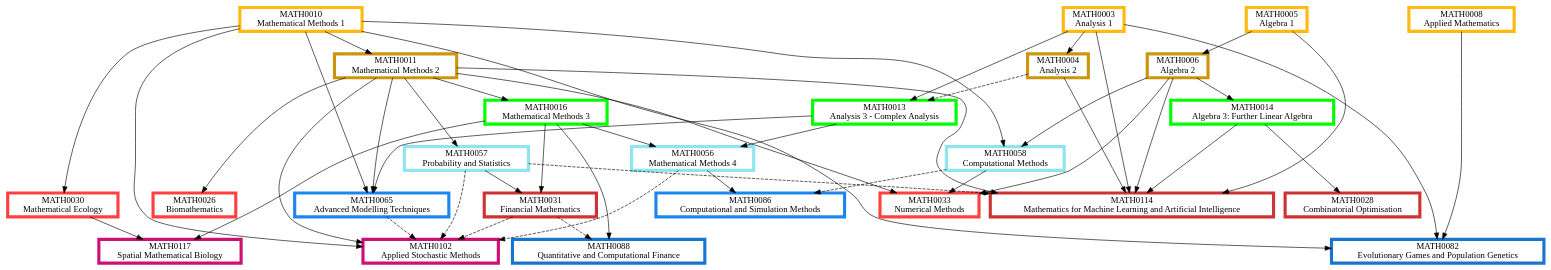
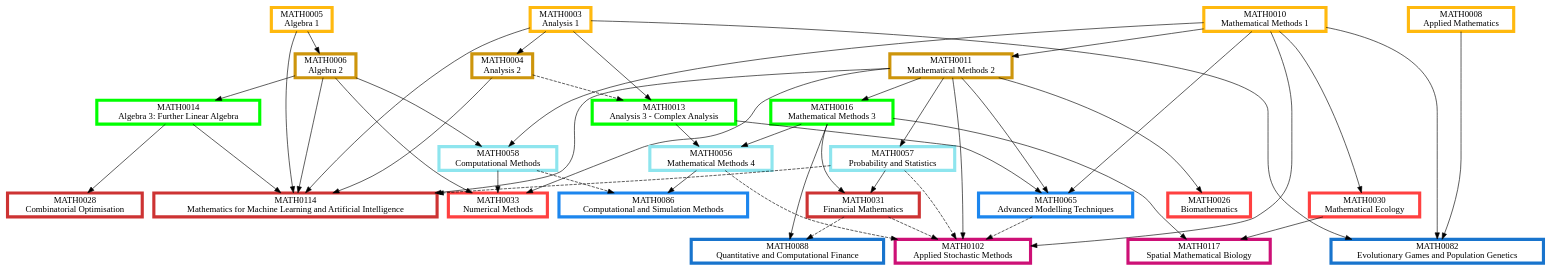
One commit to matthew-towers/pathways changed the diagram in Modelling, Computation and Finance.dot. Above: the diagram before and after it, drawn with Graphviz. The commit also changed 12 other files, not shown here.

```diff
--- a/Modelling, Computation and Finance.dot
+++ b/Modelling, Computation and Finance.dot
@@ -1,125 +1,125 @@
 digraph {
 	node [fillcolor=white penwidth=5 shape=box style="filled,bold"]
 	subgraph "1.0 1" {
 		rank=same
+		MATH0005 [label="MATH0005
+Algebra 1" color=darkgoldenrod1 href="https://www.ucl.ac.uk/mathematical-physical-sciences/sites/mathematical_physical_sciences/files/2025-09/math0005 syllabus.pdf" tooltip="Year 1, term 1"]
 		MATH0010 [label="MATH0010
 Mathematical Methods 1" color=darkgoldenrod1 href="https://www.ucl.ac.uk/mathematical-physical-sciences/sites/mathematical_physical_sciences/files/math0010.pdf" tooltip="Year 1, term 1"]
 		MATH0003 [label="MATH0003
 Analysis 1" color=darkgoldenrod1 href="https://www.ucl.ac.uk/mathematical-physical-sciences/sites/mathematical_physical_sciences/files/2025-09/math0003.pdf" tooltip="Year 1, term 1"]
-		MATH0005 [label="MATH0005
-Algebra 1" color=darkgoldenrod1 href="https://www.ucl.ac.uk/mathematical-physical-sciences/sites/mathematical_physical_sciences/files/2025-09/math0005 syllabus.pdf" tooltip="Year 1, term 1"]
 		MATH0008 [label="MATH0008
 Applied Mathematics" color=darkgoldenrod1 href="https://www.ucl.ac.uk/mathematical-physical-sciences/sites/mathematical_physical_sciences/files/math0008.pdf" tooltip="Year 1, term 1"]
 	}
 	MATH0005 -> MATH0006 [tooltip="required prerequisite"]
 	MATH0010 -> MATH0011 [tooltip="required prerequisite"]
 	MATH0003 -> MATH0004 [tooltip="required prerequisite"]
 	subgraph "1.0 2" {
 		rank=same
 		MATH0006 [label="MATH0006
 Algebra 2" color=darkgoldenrod3 href="https://www.ucl.ac.uk/mathematical-physical-sciences/sites/mathematical_physical_sciences/files/math0006.pdf" tooltip="Year 1, term 2"]
 		MATH0011 [label="MATH0011
-Mathematical Methods 2" color=darkgoldenrod3 href="https://www.ucl.ac.uk/mathematical-physical-sciences/sites/mathematical_physical_sciences/files/math0011_3.pdf" tooltip="Year 1, term 2"]
+Mathematical Methods 2" color=darkgoldenrod3 href="https://www.ucl.ac.uk/mathematical-physical-sciences/sites/mathematical_physical_sciences/files/math0011.pdf" tooltip="Year 1, term 2"]
 		MATH0004 [label="MATH0004
 Analysis 2" color=darkgoldenrod3 href="https://www.ucl.ac.uk/mathematical-physical-sciences/sites/mathematical_physical_sciences/files/math0004.pdf" tooltip="Year 1, term 2"]
 	}
 	MATH0006 -> MATH0014 [tooltip="required prerequisite"]
 	MATH0011 -> MATH0016 [tooltip="required prerequisite"]
 	MATH0003 -> MATH0013 [tooltip="required prerequisite"]
 	MATH0004 -> MATH0013 [style=dashed tooltip="recommended prerequisite"]
 	subgraph "2.0 1" {
 		rank=same
 		MATH0014 [label="MATH0014
 Algebra 3: Further Linear Algebra" color=green1 href="https://www.ucl.ac.uk/mathematical-physical-sciences/sites/mathematical_physical_sciences/files/2025-09/math0014_0.pdf" tooltip="Year 2, term 1"]
 		MATH0016 [label="MATH0016
 Mathematical Methods 3" color=green1 href="https://www.ucl.ac.uk/mathematical-physical-sciences/sites/mathematical_physical_sciences/files/2025-09/math0016_0.pdf" tooltip="Year 2, term 1"]
 		MATH0013 [label="MATH0013
 Analysis 3 - Complex Analysis" color=green1 href="https://www.ucl.ac.uk/mathematical-physical-sciences/sites/mathematical_physical_sciences/files/2025-09/math0013_0.pdf" tooltip="Year 2, term 1"]
 	}
 	MATH0010 -> MATH0058 [tooltip="required prerequisite"]
 	MATH0006 -> MATH0058 [tooltip="required prerequisite"]
+	MATH0011 -> MATH0057 [tooltip="required prerequisite"]
 	MATH0013 -> MATH0056 [tooltip="required prerequisite"]
 	MATH0016 -> MATH0056 [tooltip="required prerequisite"]
-	MATH0011 -> MATH0057 [tooltip="required prerequisite"]
 	subgraph "2.5 2" {
 		rank=same
 		MATH0058 [label="MATH0058
 Computational Methods" color=cadetblue2 href="https://www.ucl.ac.uk/mathematical-physical-sciences/sites/mathematical_physical_sciences/files/math0058.pdf" tooltip="Year 2 or 3, term 2"]
+		MATH0057 [label="MATH0057
+Probability and Statistics" color=cadetblue2 href="https://www.ucl.ac.uk/mathematical-physical-sciences/sites/mathematical_physical_sciences/files/math0057.pdf" tooltip="Year 2 or 3, term 2"]
 		MATH0056 [label="MATH0056
 Mathematical Methods 4" color=cadetblue2 href="https://www.ucl.ac.uk/mathematical-physical-sciences/sites/mathematical_physical_sciences/files/math0056.pdf" tooltip="Year 2 or 3, term 2"]
-		MATH0057 [label="MATH0057
-Probability and Statistics" color=cadetblue2 href="https://www.ucl.ac.uk/mathematical-physical-sciences/sites/mathematical_physical_sciences/files/math0057.pdf" tooltip="Year 2 or 3, term 2"]
 	}
+	MATH0011 -> MATH0026 [tooltip="required prerequisite"]
 	MATH0010 -> MATH0030 [tooltip="required prerequisite"]
 	MATH0006 -> MATH0033 [tooltip="required prerequisite"]
 	MATH0011 -> MATH0033 [tooltip="required prerequisite"]
 	MATH0058 -> MATH0033 [tooltip="required prerequisite"]
-	MATH0011 -> MATH0026 [tooltip="required prerequisite"]
 	subgraph "3.0 1" {
 		rank=same
+		MATH0026 [label="MATH0026
+Biomathematics" color=brown1 href="https://www.ucl.ac.uk/mathematical-physical-sciences/sites/mathematical_physical_sciences/files/math0026.pdf" tooltip="Year 3, term 1"]
 		MATH0030 [label="MATH0030
 Mathematical Ecology" color=brown1 href="https://www.ucl.ac.uk/mathematical-physical-sciences/sites/mathematical_physical_sciences/files/math0030.pdf" tooltip="Year 3, term 1"]
 		MATH0033 [label="MATH0033
 Numerical Methods" color=brown1 href="https://www.ucl.ac.uk/mathematical-physical-sciences/sites/mathematical_physical_sciences/files/math0033.pdf" tooltip="Year 3, term 1"]
-		MATH0026 [label="MATH0026
-Biomathematics" color=brown1 href="https://www.ucl.ac.uk/mathematical-physical-sciences/sites/mathematical_physical_sciences/files/math0026.pdf" tooltip="Year 3, term 1"]
 	}
-	MATH0014 -> MATH0028 [tooltip="required prerequisite"]
 	MATH0003 -> MATH0114 [tooltip="required prerequisite"]
 	MATH0004 -> MATH0114 [tooltip="required prerequisite"]
 	MATH0005 -> MATH0114 [tooltip="required prerequisite"]
 	MATH0006 -> MATH0114 [tooltip="required prerequisite"]
 	MATH0011 -> MATH0114 [tooltip="required prerequisite"]
 	MATH0014 -> MATH0114 [tooltip="required prerequisite"]
 	MATH0057 -> MATH0114 [style=dashed tooltip="recommended prerequisite"]
 	MATH0016 -> MATH0031 [tooltip="required prerequisite"]
 	MATH0057 -> MATH0031 [tooltip="required prerequisite"]
-	subgraph "3.0 2" {
+	MATH0014 -> MATH0028 [tooltip="required prerequisite"]
+	subgraph "3 2" {
 		rank=same
-		MATH0028 [label="MATH0028
-Combinatorial Optimisation" color=brown3 href="https://www.ucl.ac.uk/mathematical-physical-sciences/sites/mathematical_physical_sciences/files/math0028.pdf" tooltip="Year 3, term 2"]
 		MATH0114 [label="MATH0114
 Mathematics for Machine Learning and Artificial Intelligence" color=brown3 href="https://www.ucl.ac.uk/mathematical-physical-sciences/sites/mathematical_physical_sciences/files/math0114_1.pdf" tooltip="Year 3, term 2"]
 		MATH0031 [label="MATH0031
 Financial Mathematics" color=brown3 href="https://www.ucl.ac.uk/mathematical-physical-sciences/sites/mathematical_physical_sciences/files/math0031.pdf" tooltip="Year 3, term 2"]
+		MATH0028 [label="MATH0028
+Combinatorial Optimisation" color=brown3 href="https://www.ucl.ac.uk/mathematical-physical-sciences/sites/mathematical_physical_sciences/files/math0028.pdf" tooltip="Year 3, term 2"]
 	}
+	MATH0030 -> MATH0117 [tooltip="required prerequisite"]
+	MATH0016 -> MATH0117 [tooltip="required prerequisite"]
 	MATH0010 -> MATH0102 [tooltip="required prerequisite"]
 	MATH0011 -> MATH0102 [tooltip="required prerequisite"]
 	MATH0056 -> MATH0102 [style=dashed tooltip="recommended prerequisite"]
 	MATH0031 -> MATH0102 [style=dashed tooltip="recommended prerequisite"]
 	MATH0065 -> MATH0102 [style=dashed tooltip="recommended prerequisite"]
 	MATH0057 -> MATH0102 [style=dashed tooltip="recommended prerequisite"]
-	MATH0030 -> MATH0117 [tooltip="required prerequisite"]
-	MATH0016 -> MATH0117 [tooltip="required prerequisite"]
 	subgraph "3.5 2" {
 		rank=same
+		MATH0117 [label="MATH0117
+Spatial Mathematical Biology" color=deeppink3 href="https://www.ucl.ac.uk/mathematical-physical-sciences/sites/mathematical_physical_sciences/files/math0117.pdf" tooltip="Year 3 or 4, term 2"]
 		MATH0102 [label="MATH0102
 Applied Stochastic Methods" color=deeppink3 href="https://www.ucl.ac.uk/mathematical-physical-sciences/sites/mathematical_physical_sciences/files/math0102.pdf" tooltip="Year 3 or 4, term 2"]
-		MATH0117 [label="MATH0117
-Spatial Mathematical Biology" color=deeppink3 href="https://www.ucl.ac.uk/mathematical-physical-sciences/sites/mathematical_physical_sciences/files/math0117.pdf" tooltip="Year 3 or 4, term 2"]
 	}
 	MATH0010 -> MATH0065 [tooltip="required prerequisite"]
 	MATH0011 -> MATH0065 [tooltip="required prerequisite"]
 	MATH0013 -> MATH0065 [tooltip="required prerequisite"]
 	MATH0056 -> MATH0086 [tooltip="required prerequisite"]
 	MATH0058 -> MATH0086 [style=dashed tooltip="recommended prerequisite"]
 	subgraph "4.0 1" {
 		rank=same
 		MATH0065 [label="MATH0065
 Advanced Modelling Techniques" color=dodgerblue2 href="https://www.ucl.ac.uk/mathematical-physical-sciences/sites/mathematical_physical_sciences/files/math0065.pdf" tooltip="Year 4, term 1"]
 		MATH0086 [label="MATH0086
 Computational and Simulation Methods" color=dodgerblue2 href="https://www.ucl.ac.uk/mathematical-physical-sciences/sites/mathematical_physical_sciences/files/math0086.pdf" tooltip="Year 4, term 1"]
 	}
+	MATH0016 -> MATH0088 [tooltip="required prerequisite"]
+	MATH0031 -> MATH0088 [style=dashed tooltip="recommended prerequisite"]
 	MATH0008 -> MATH0082 [tooltip="required prerequisite"]
 	MATH0010 -> MATH0082 [tooltip="required prerequisite"]
 	MATH0003 -> MATH0082 [tooltip="required prerequisite"]
-	MATH0016 -> MATH0088 [tooltip="required prerequisite"]
-	MATH0031 -> MATH0088 [style=dashed tooltip="recommended prerequisite"]
 	subgraph "4.0 2" {
 		rank=same
+		MATH0088 [label="MATH0088
+Quantitative and Computational Finance" color=dodgerblue3 href="https://www.ucl.ac.uk/mathematical-physical-sciences/sites/mathematical_physical_sciences/files/math0088.pdf" tooltip="Year 4, term 2"]
 		MATH0082 [label="MATH0082
 Evolutionary Games and Population Genetics" color=dodgerblue3 href="https://www.ucl.ac.uk/mathematical-physical-sciences/sites/mathematical_physical_sciences/files/math0082.pdf" tooltip="Year 4, term 2"]
-		MATH0088 [label="MATH0088
-Quantitative and Computational Finance" color=dodgerblue3 href="https://www.ucl.ac.uk/mathematical-physical-sciences/sites/mathematical_physical_sciences/files/math0088.pdf" tooltip="Year 4, term 2"]
 	}
 }
```
